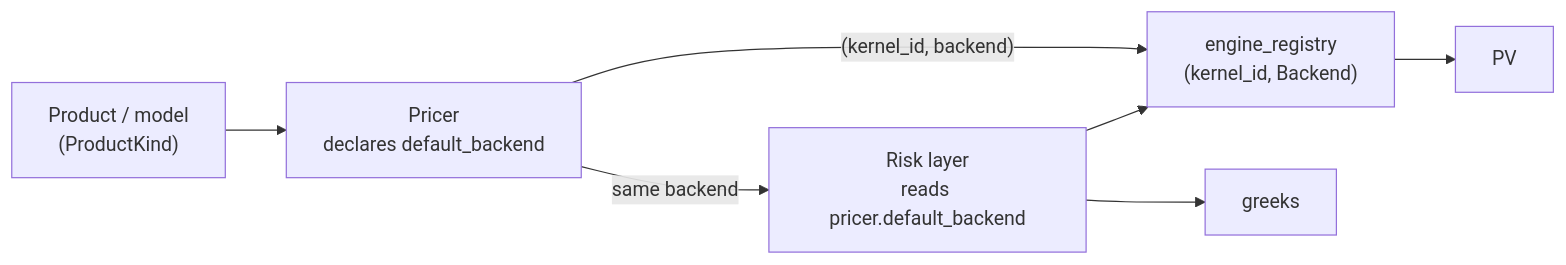
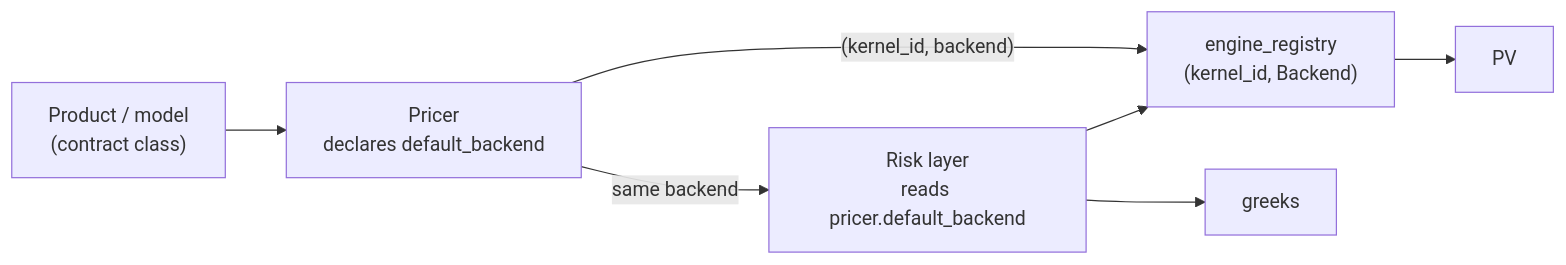
The diagram in docs/engine_selection.md (rudetastic13/quant-toolkit), drawn with Mermaid before and after one commit. The commit also changed other lines of this file and 50 other files, not shown here.

````diff
--- a/docs/engine_selection.md
+++ b/docs/engine_selection.md
@@ -101,14 +101,14 @@
 ```mermaid
 flowchart LR
-    PROD["Product / model<br/>(ProductKind)"]
+    PROD["Product / model<br/>(contract class)"]
     PRICER["Pricer<br/>declares default_backend"]
     REG["engine_registry<br/>(kernel_id, Backend)"]
     PV["PV"]
     RISK["Risk layer<br/>reads pricer.default_backend"]
     GREEKS["greeks"]
 
     PROD --> PRICER
     PRICER -- "(kernel_id, backend)" --> REG --> PV
     PRICER -- "same backend" --> RISK --> REG
     RISK --> GREEKS
 ```
````
